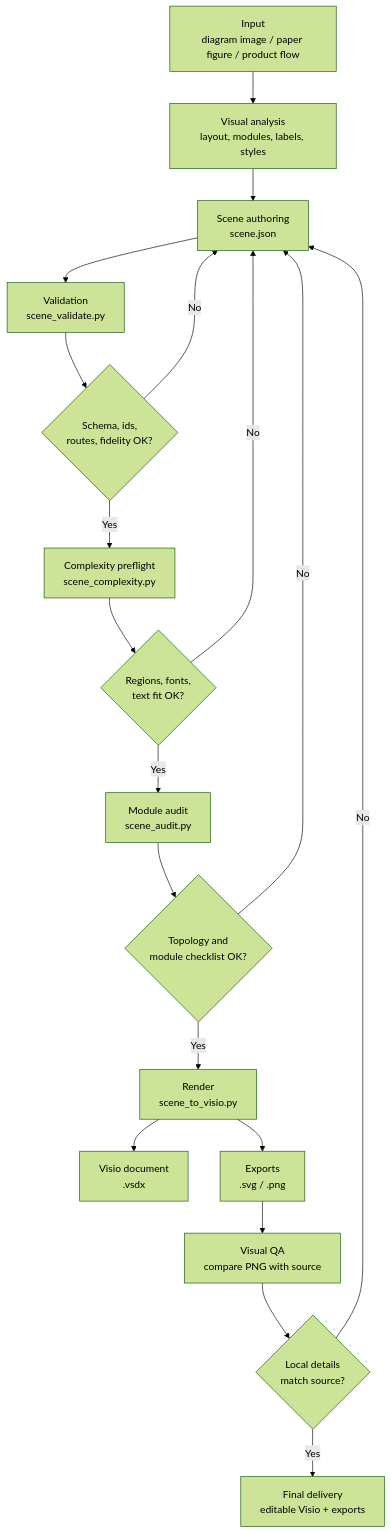
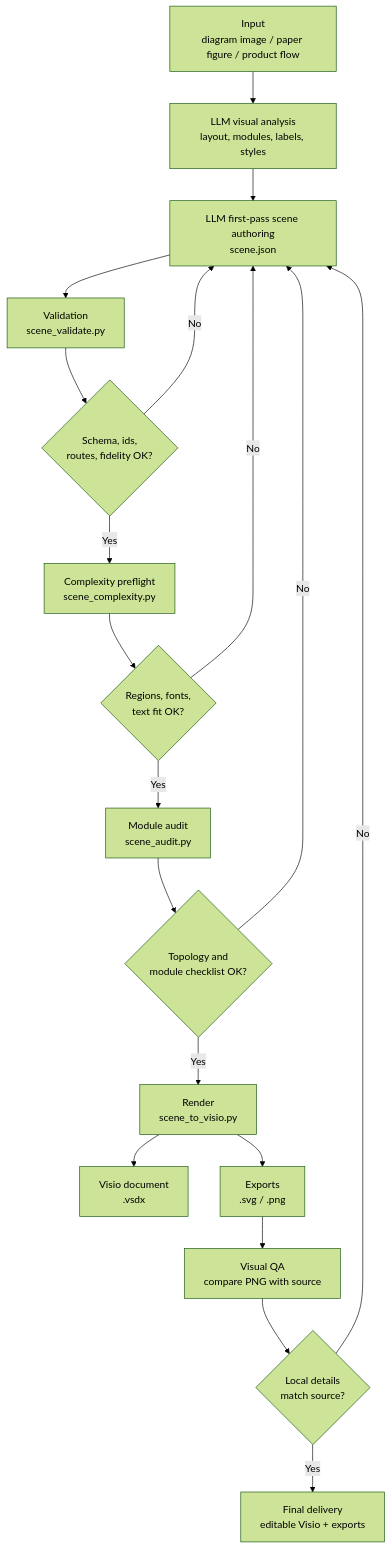
The first of 5 diagrams in docs/workflow.md (symyyds/Fig4Visio), drawn with Mermaid (forest theme) before and after one commit. The commit also changed other lines of this file and 38 other files, not shown here.

````diff
--- a/docs/workflow.md
+++ b/docs/workflow.md
@@ -7,21 +7,21 @@
 ```mermaid
 flowchart TD
-  A["Input<br/>diagram image / paper figure / product flow"] --> B["Visual analysis<br/>layout, modules, labels, styles"]
-  B --> C["Scene authoring<br/>scene.json"]
+  A["Input<br/>diagram image / paper figure / product flow"] --> B["LLM visual analysis<br/>layout, modules, labels, styles"]
+  B --> C["LLM first-pass scene authoring<br/>scene.json"]
   C --> D["Validation<br/>scene_validate.py"]
   D --> E{"Schema, ids,<br/>routes, fidelity OK?"}
   E -- "No" --> C
   E -- "Yes" --> F["Complexity preflight<br/>scene_complexity.py"]
   F --> G{"Regions, fonts,<br/>text fit OK?"}
   G -- "No" --> C
   G -- "Yes" --> H["Module audit<br/>scene_audit.py"]
   H --> I{"Topology and<br/>module checklist OK?"}
   I -- "No" --> C
   I -- "Yes" --> J["Render<br/>scene_to_visio.py"]
   J --> K["Visio document<br/>.vsdx"]
   J --> L["Exports<br/>.svg / .png"]
   L --> M["Visual QA<br/>compare PNG with source"]
   M --> N{"Local details<br/>match source?"}
   N -- "No" --> C
   N -- "Yes" --> O["Final delivery<br/>editable Visio + exports"]
 ```
````
